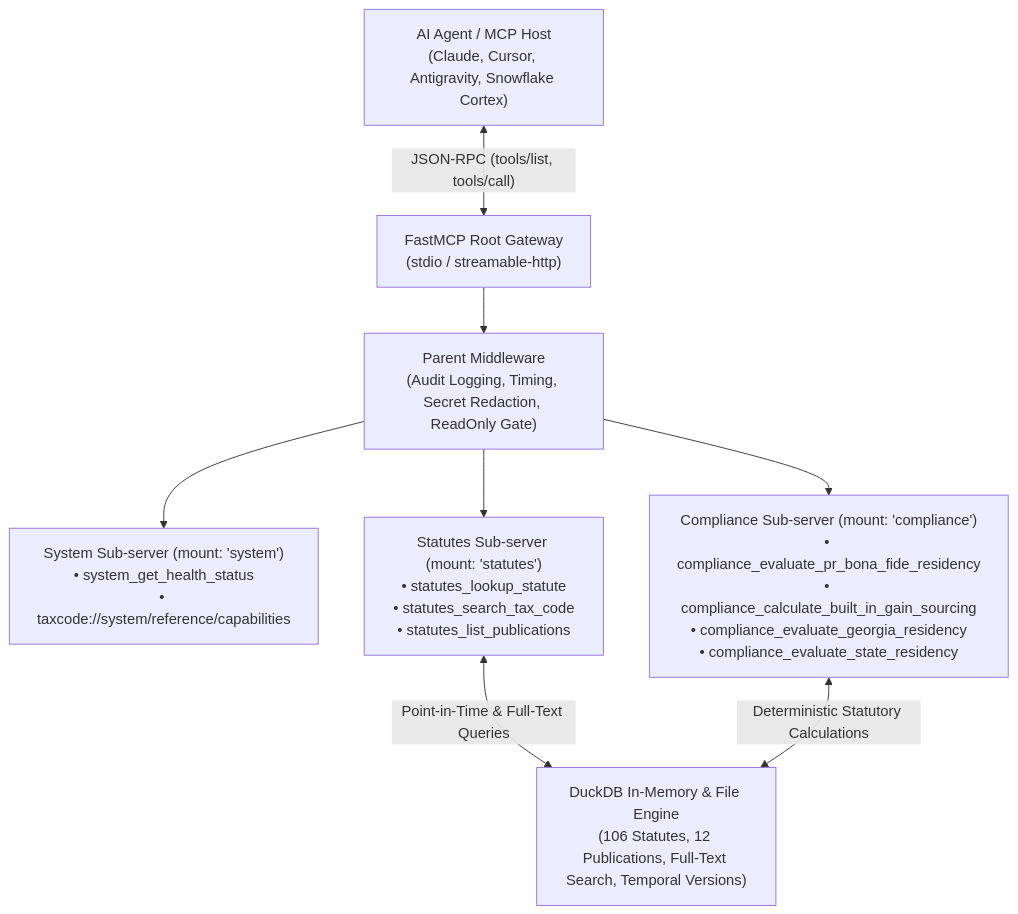
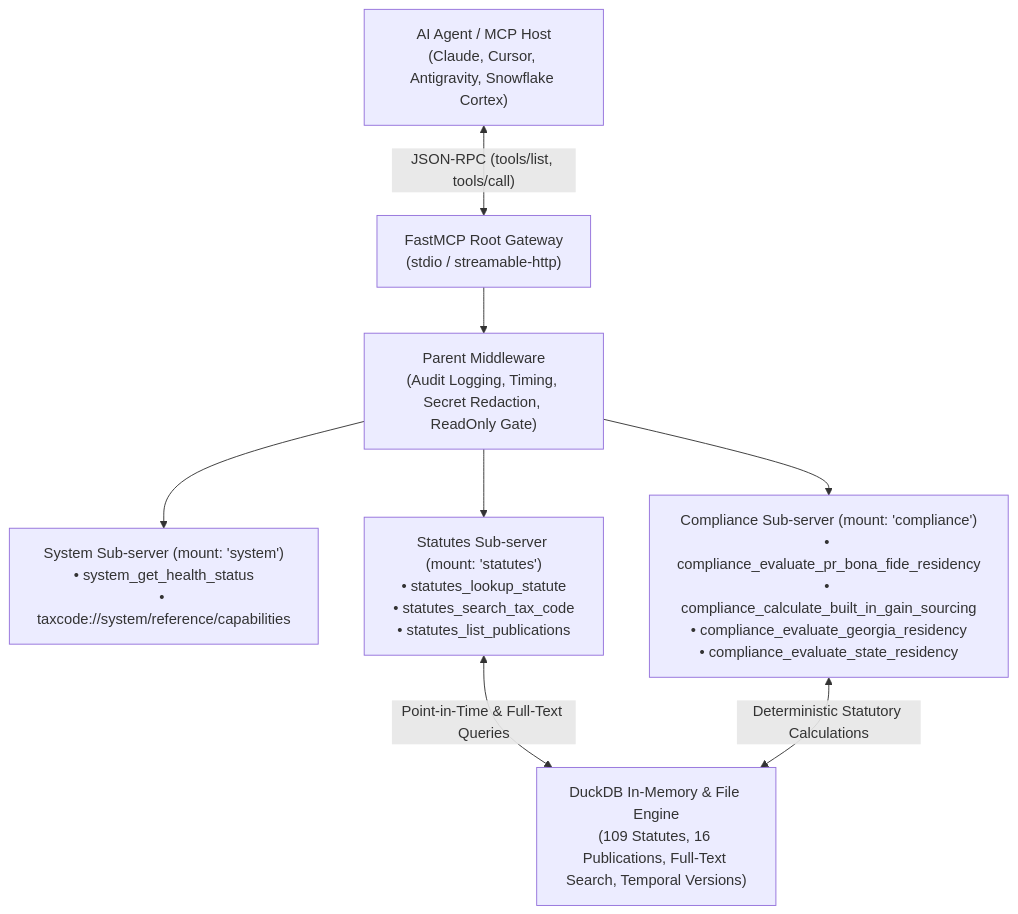
Before and after one commit to christianclaudio/mcp-server-taxcode: the diagram in README.md, drawn with Mermaid. The commit also changed other lines of this file and 16 other files, not shown here.

````diff
--- a/README.md
+++ b/README.md
@@ -22,18 +22,18 @@
 ```mermaid
 graph TD
     Client["AI Agent / MCP Host<br>(Claude, Cursor, Antigravity, Snowflake Cortex)"]
     Gateway["FastMCP Root Gateway<br>(stdio / streamable-http)"]
     ParentMW["Parent Middleware<br>(Audit Logging, Timing, Secret Redaction, ReadOnly Gate)"]
     SysSub["System Sub-server (mount: 'system')<br>• system_get_health_status<br>• taxcode://system/reference/capabilities"]
     StatSub["Statutes Sub-server (mount: 'statutes')<br>• statutes_lookup_statute<br>• statutes_search_tax_code<br>• statutes_list_publications"]
     CompSub["Compliance Sub-server (mount: 'compliance')<br>• compliance_evaluate_pr_bona_fide_residency<br>• compliance_calculate_built_in_gain_sourcing<br>• compliance_evaluate_georgia_residency<br>• compliance_evaluate_state_residency"]
-    DuckDB["DuckDB In-Memory & File Engine<br>(106 Statutes, 12 Publications, Full-Text Search, Temporal Versions)"]
+    DuckDB["DuckDB In-Memory & File Engine<br>(109 Statutes, 16 Publications, Full-Text Search, Temporal Versions)"]
 
     Client <-->|"JSON-RPC (tools/list, tools/call)"| Gateway
     Gateway --> ParentMW
     ParentMW --> SysSub
     ParentMW --> StatSub
     ParentMW --> CompSub
     StatSub <-->|"Point-in-Time & Full-Text Queries"| DuckDB
     CompSub <-->|"Deterministic Statutory Calculations"| DuckDB
 ```
````
